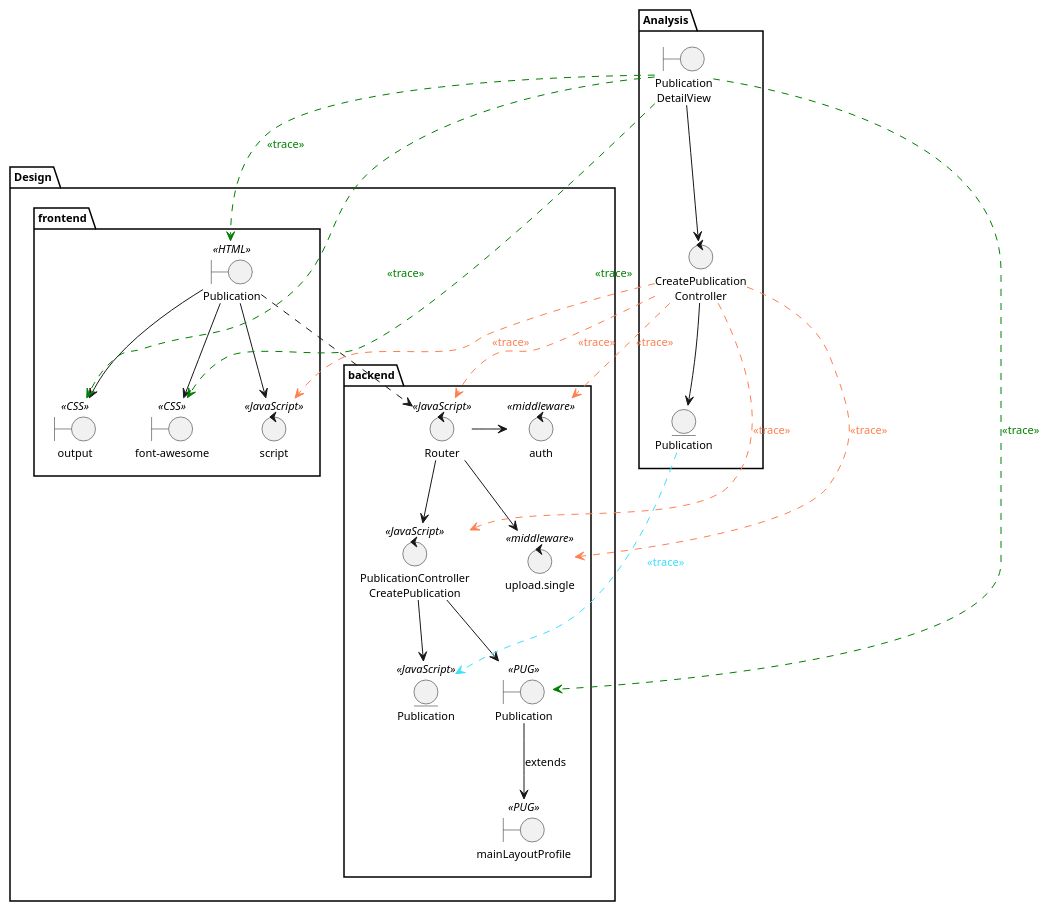
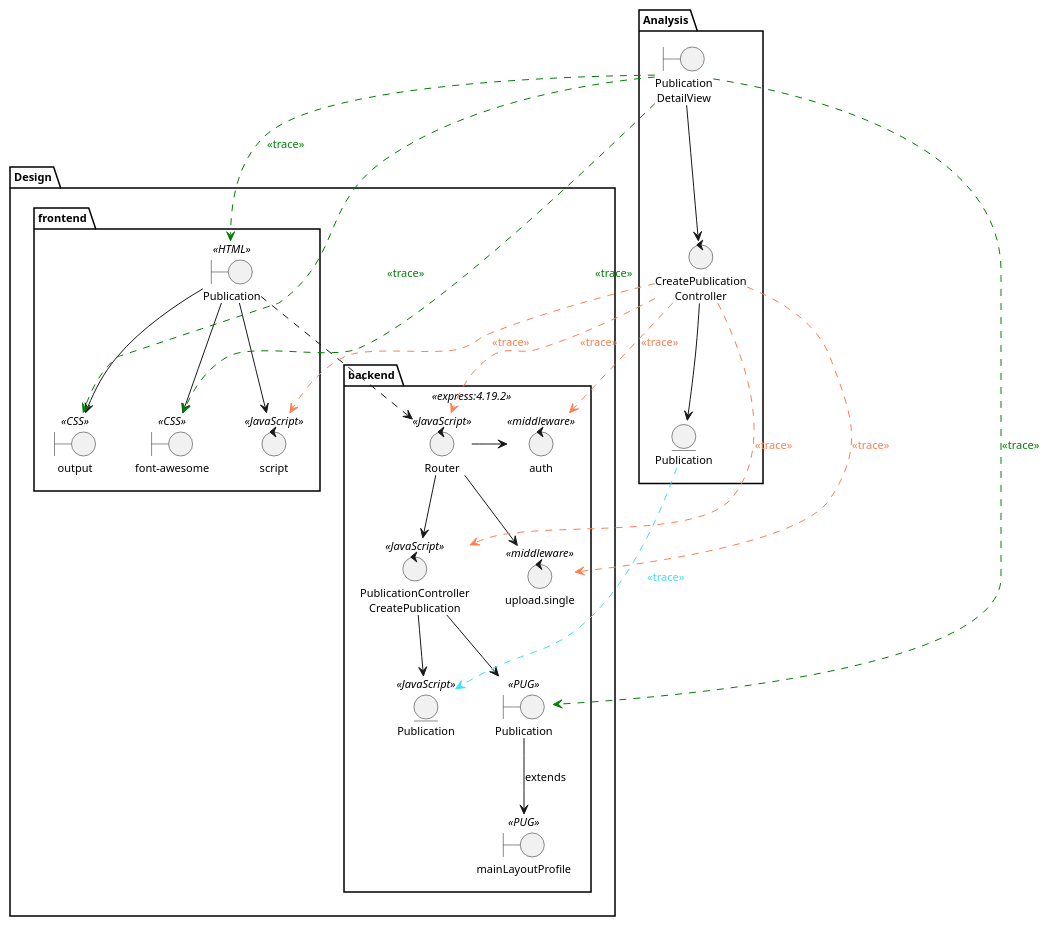
The diagram in logicalView/designView/express/usecaseDesign/designClassDiagramUC7TraceAnalisysClass.plantuml (mpaulaherrero/tesis-frameworks-backend-diagrams), drawn with PlantUML before and after one commit. The commit also changed 2 other files, not shown here.

Commit message:
version de express

```diff
--- a/logicalView/designView/express/usecaseDesign/designClassDiagramUC7TraceAnalisysClass.plantuml
+++ b/logicalView/designView/express/usecaseDesign/designClassDiagramUC7TraceAnalisysClass.plantuml
@@ -1,58 +1,58 @@
 @startuml
 skinparam style strictuml
 skinparam defaultTextAlignment center
 skinparam defaultFontSize 11
 
 package Analysis{
     boundary "Publication\nDetailView" as PublicationDetailViewAnalysis
     entity "Publication" as PublicationAnalysis
     control "CreatePublication\nController" as CreatePublicationControllerAnalysis
 
     PublicationDetailViewAnalysis --> CreatePublicationControllerAnalysis
     CreatePublicationControllerAnalysis --> PublicationAnalysis
 }
 
 package Design{
-    package backend {
+    package backend <<express:4.19.2>>{
         boundary "Publication" as PublicationDetailView << PUG >>
         boundary "mainLayoutProfile" as mainLayoutProfileView << PUG >>
         control "PublicationController\nCreatePublication" as CreatePublicationController << JavaScript >>
         control Router << JavaScript >>
         control auth << middleware >>
         control "upload.single" as uploadSingle << middleware >>
         entity Publication << JavaScript >>
     }
     package frontend {
         boundary "Publication" as PublicationHtml << HTML >>
         boundary "output" as outputCss << CSS >>
         boundary "font-awesome" as fontCss << CSS >>
         control script << JavaScript >>
     }
 
     PublicationHtml ..> Router
     PublicationHtml -d-> outputCss
     PublicationHtml -d-> fontCss
     PublicationHtml -d-> script
     Router -> auth
     Router -d-> uploadSingle
     Router -d-> CreatePublicationController
     CreatePublicationController -d-> PublicationDetailView
     PublicationDetailView -d-> mainLayoutProfileView: extends
     CreatePublicationController -d-> Publication
 }
 
 'trace
 PublicationDetailViewAnalysis .[#green].> PublicationHtml : <font color=green><<trace>></font>
 PublicationDetailViewAnalysis .[#green].> outputCss : <font color=green><<trace>></font>
 PublicationDetailViewAnalysis .[#green].> fontCss : <font color=green><<trace>></font>
 PublicationDetailViewAnalysis .[#green].> PublicationDetailView : <font color=green><<trace>></font>
 
 CreatePublicationControllerAnalysis .[#coral].> Router : <font color=coral><<trace>></font>
 CreatePublicationControllerAnalysis .[#coral].> CreatePublicationController : <font color=coral><<trace>></font>
 CreatePublicationControllerAnalysis .[#coral].> auth : <font color=coral><<trace>></font>
 CreatePublicationControllerAnalysis .[#coral].> uploadSingle : <font color=coral><<trace>></font>
 CreatePublicationControllerAnalysis .[#coral].> script : <font color=coral><<trace>></font>
 
 PublicationAnalysis .[#3cdfff].> Publication : <font color=3cdfff><<trace>></font>
 
 @enduml
```
